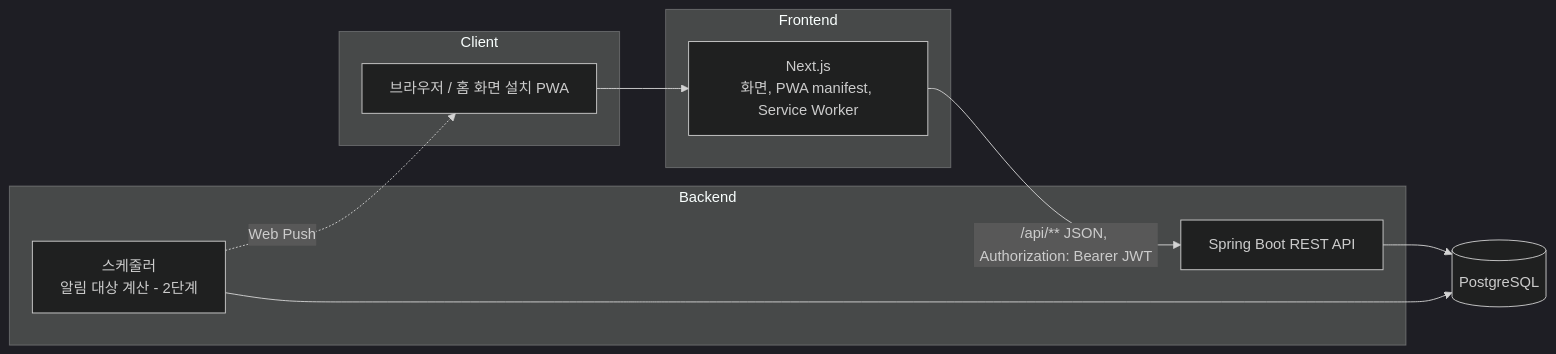
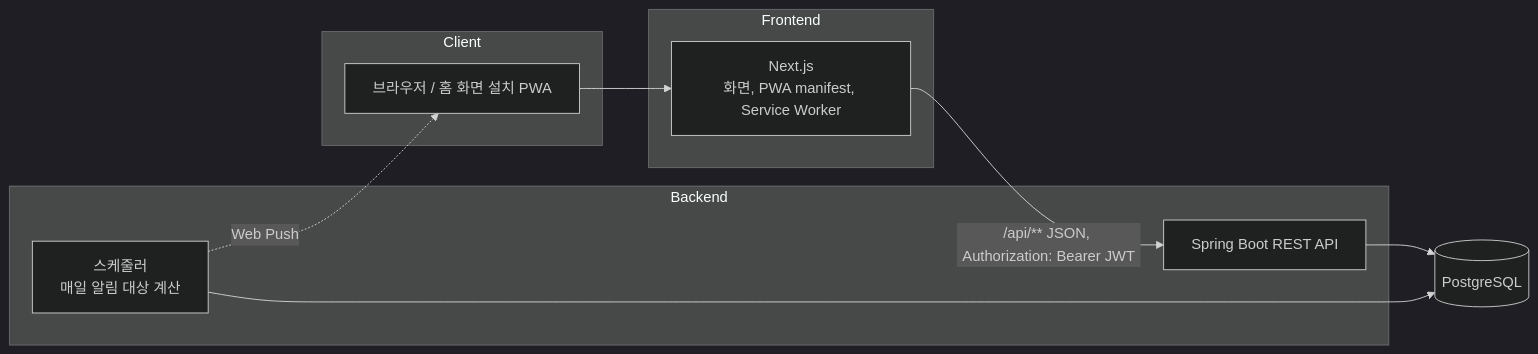
Before and after one commit to hamon1/pet-room: the first of 2 diagrams in docs/architecture.md, drawn with Mermaid (dark theme). The commit also changed other lines of this file and 9 other files, not shown here.

````diff
--- a/docs/architecture.md
+++ b/docs/architecture.md
@@ -5,19 +5,19 @@
 ```mermaid
 flowchart LR
   subgraph Client
     B[브라우저 / 홈 화면 설치 PWA]
   end
   subgraph Frontend
     FE[Next.js<br/>화면, PWA manifest, Service Worker]
   end
   subgraph Backend
     API[Spring Boot REST API]
-    SCH[스케줄러<br/>알림 대상 계산 - 2단계]
+    SCH[스케줄러<br/>매일 알림 대상 계산]
   end
   DB[(PostgreSQL)]
   B --> FE
   FE -->|/api/** JSON, Authorization: Bearer JWT| API
   API --> DB
   SCH --> DB
   SCH -.->|Web Push| B
 ```
````
